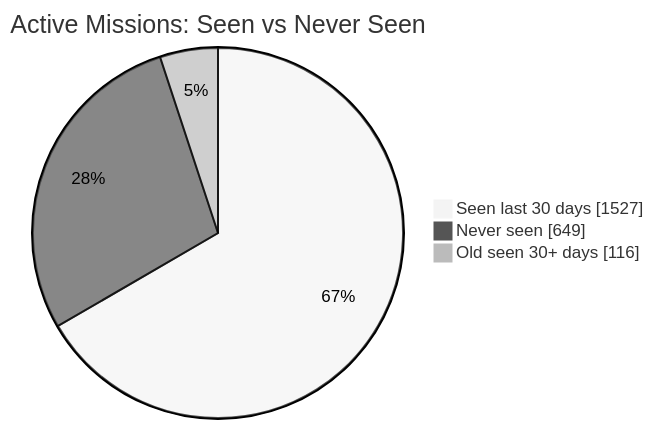
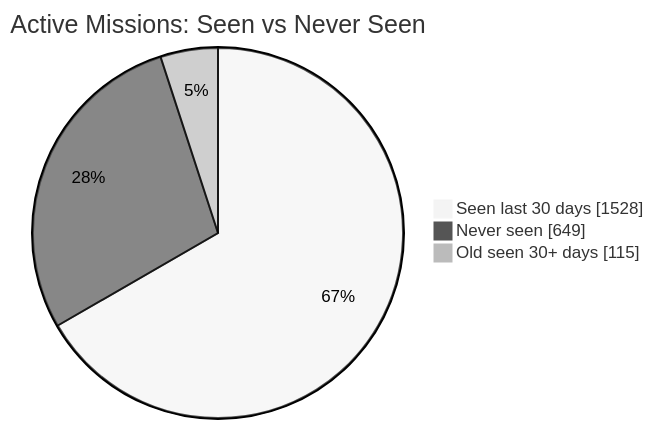
One commit to MeldkamerspelGameTeam/active-missions changed the first of 2 diagrams in README.md. Above: the diagram before and after it, drawn with Mermaid (neutral theme). The commit also changed other lines of this file and 2 other files, not shown here.

````diff
--- a/README.md
+++ b/README.md
@@ -34,7 +34,7 @@
 ```mermaid
 pie showData
     title Active Missions: Seen vs Never Seen
-    "Seen last 30 days" : 1527
+    "Seen last 30 days" : 1528
     "Never seen" : 649
-    "Old seen 30+ days" : 116
+    "Old seen 30+ days" : 115
 ```
````
